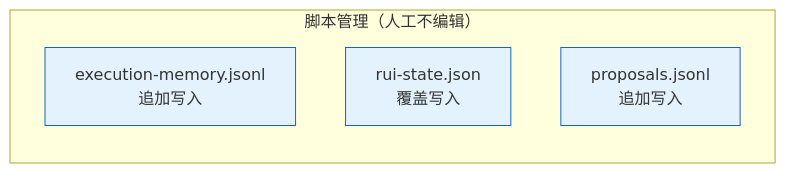
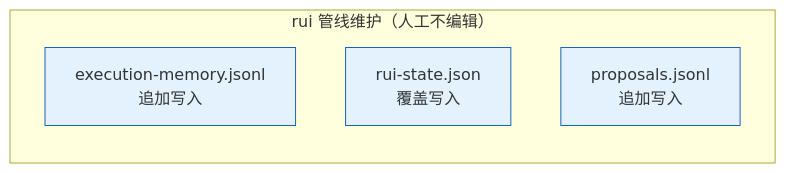
Before and after one commit to effiy/YrY: the tenth of 13 diagrams in skills/rui/coder.md, drawn with Mermaid. The commit also changed other lines of this file and 14 other files, not shown here.

````diff
--- a/skills/rui/coder.md
+++ b/skills/rui/coder.md
@@ -279,10 +279,10 @@
 ```mermaid
 flowchart LR
-    subgraph 管理["脚本管理（人工不编辑）"]
+    subgraph 管理["rui 管线维护（人工不编辑）"]
         M1["execution-memory.jsonl<br/>追加写入"]:::data
         M2["rui-state.json<br/>覆盖写入"]:::data
         M3["proposals.jsonl<br/>追加写入"]:::data
     end
 
     classDef data fill:#e3f2fd,stroke:#1565c0;
 ```
````
